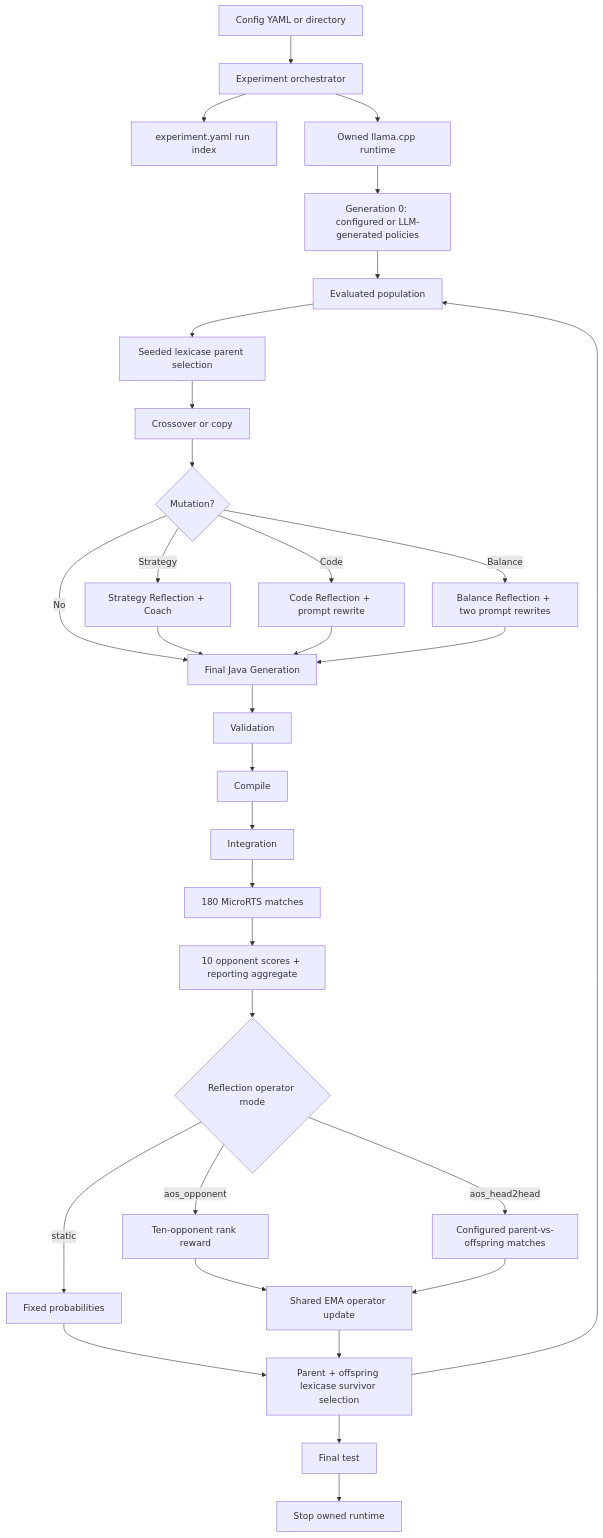
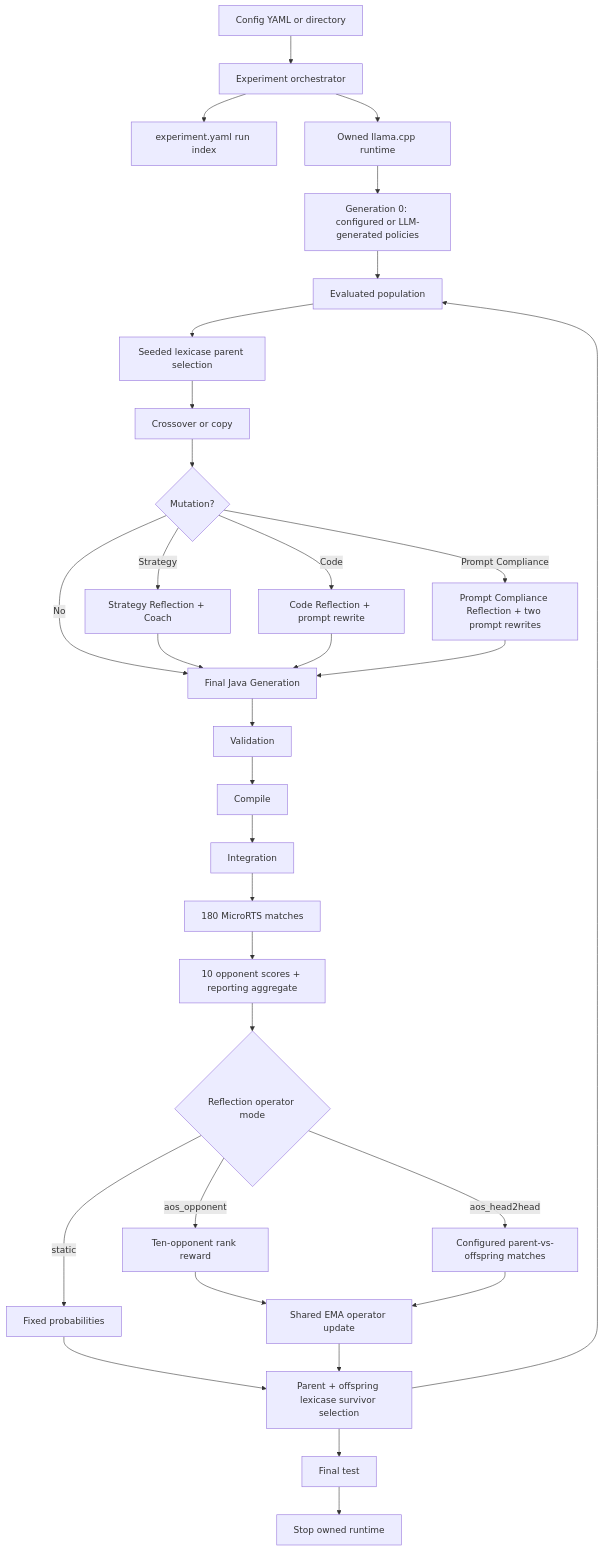
One commit to sophie8909/EAGLE changed the diagram in docs/architecture/overview.md. Above: the diagram before and after it, drawn with Mermaid. The commit also changed other lines of this file and 27 other files, not shown here.

Commit message:
docs(mutation): document prompt compliance operator

````diff
--- a/docs/architecture/overview.md
+++ b/docs/architecture/overview.md
@@ -24,31 +25,31 @@
 ```mermaid
 flowchart TD
     CFG["Config YAML or directory"] --> L["Experiment orchestrator"]
     L --> RI["experiment.yaml run index"]
     L --> RT["Owned llama.cpp runtime"]
     RT --> Z["Generation 0: configured or LLM-generated policies"]
     Z --> P
     P["Evaluated population"] --> S["Seeded lexicase parent selection"]
     S --> X["Crossover or copy"]
     X --> M{"Mutation?"}
     M -->|Strategy| SR["Strategy Reflection + Coach"]
     M -->|Code| CR["Code Reflection + prompt rewrite"]
-    M -->|Balance| BR["Balance Reflection + two prompt rewrites"]
+    M -->|Prompt Compliance| BR["Prompt Compliance Reflection + two prompt rewrites"]
     M -->|No| G["Final Java Generation"]
     SR --> G
     CR --> G
     BR --> G
     G --> V["Validation"] --> C["Compile"] --> I["Integration"]
     I --> E["180 MicroRTS matches"]
     E --> O["10 opponent scores + reporting aggregate"]
     O --> R{"Reflection operator mode"}
     R -->|static| F["Fixed probabilities"]
     R -->|aos_opponent| Q["Ten-opponent rank reward"]
     R -->|aos_head2head| H["Configured parent-vs-offspring matches"]
     Q --> A["Shared EMA operator update"]
     H --> A
     F --> N["Parent + offspring lexicase survivor selection"]
     A --> N --> P
     N --> FT["Final test"]
     FT --> CL["Stop owned runtime"]
 ```
````
